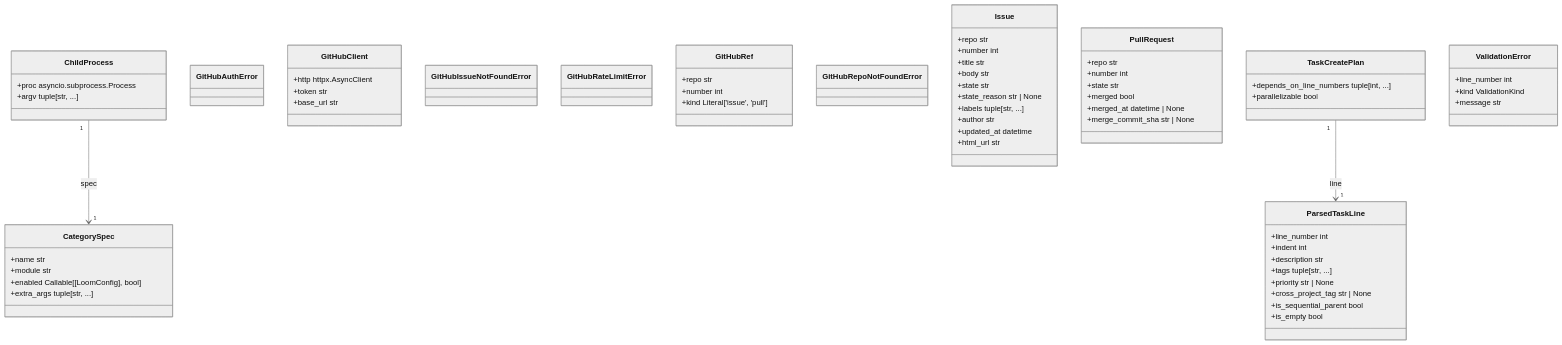
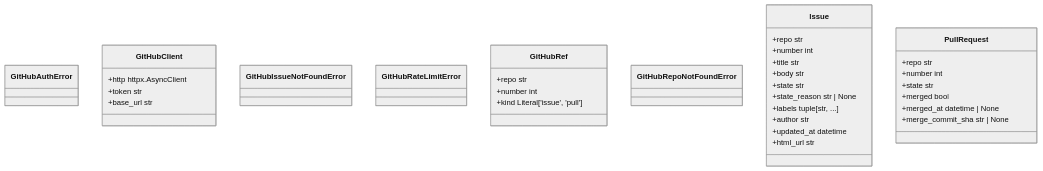
The first of 3 diagrams in docs/generated/domain_model.md (agent-lore/lithos-loom), drawn with Mermaid (neutral theme) before and after one commit. The commit also changed 50 other files, not shown here.

First line of the commit message:
feat(guardrail): extend architecture tooling — metrics, budgets, trends, per-component pages (#228)

````diff
--- a/docs/generated/domain_model.md
+++ b/docs/generated/domain_model.md
@@ -6,68 +8,37 @@
 ```mermaid
 classDiagram
-  class CategorySpec {
-    +name str
-    +module str
-    +enabled Callable[[LoomConfig], bool]
-    +extra_args tuple[str, ...]
-  }
-  class ChildProcess {
-    +proc asyncio.subprocess.Process
-    +argv tuple[str, ...]
-  }
   class GitHubAuthError
   class GitHubClient {
     +http httpx.AsyncClient
     +token str
     +base_url str
   }
   class GitHubIssueNotFoundError
   class GitHubRateLimitError
   class GitHubRef {
     +repo str
     +number int
     +kind Literal['issue', 'pull']
   }
   class GitHubRepoNotFoundError
   class Issue {
     +repo str
     +number int
     +title str
     +body str
     +state str
     +state_reason str | None
     +labels tuple[str, ...]
     +author str
     +updated_at datetime
     +html_url str
   }
-  class ParsedTaskLine {
-    +line_number int
-    +indent int
-    +description str
-    +tags tuple[str, ...]
-    +priority str | None
-    +cross_project_tag str | None
-    +is_sequential_parent bool
-    +is_empty bool
-  }
   class PullRequest {
     +repo str
     +number int
     +state str
     +merged bool
     +merged_at datetime | None
     +merge_commit_sha str | None
   }
-  class TaskCreatePlan {
-    +depends_on_line_numbers tuple[int, ...]
-    +parallelizable bool
-  }
-  class ValidationError {
-    +line_number int
-    +kind ValidationKind
-    +message str
-  }
-  ChildProcess "1" --> "1" CategorySpec : spec
-  TaskCreatePlan "1" --> "1" ParsedTaskLine : line
 ```
````
